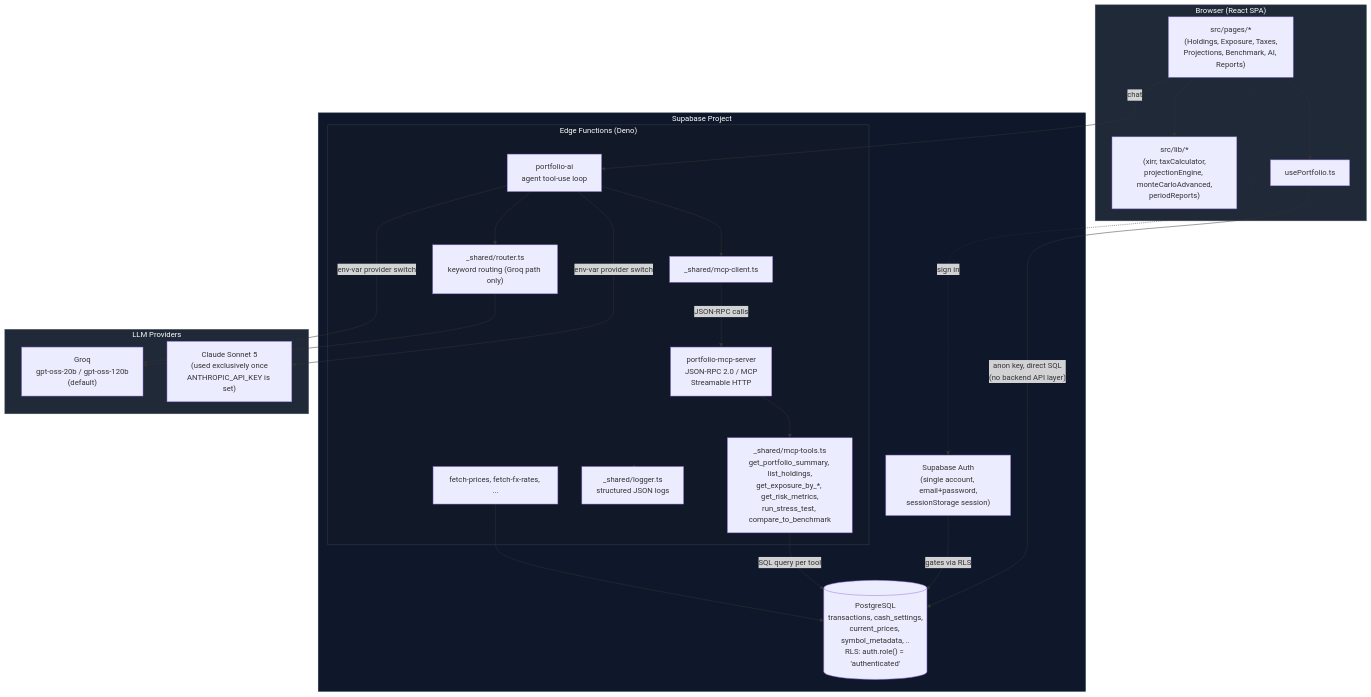
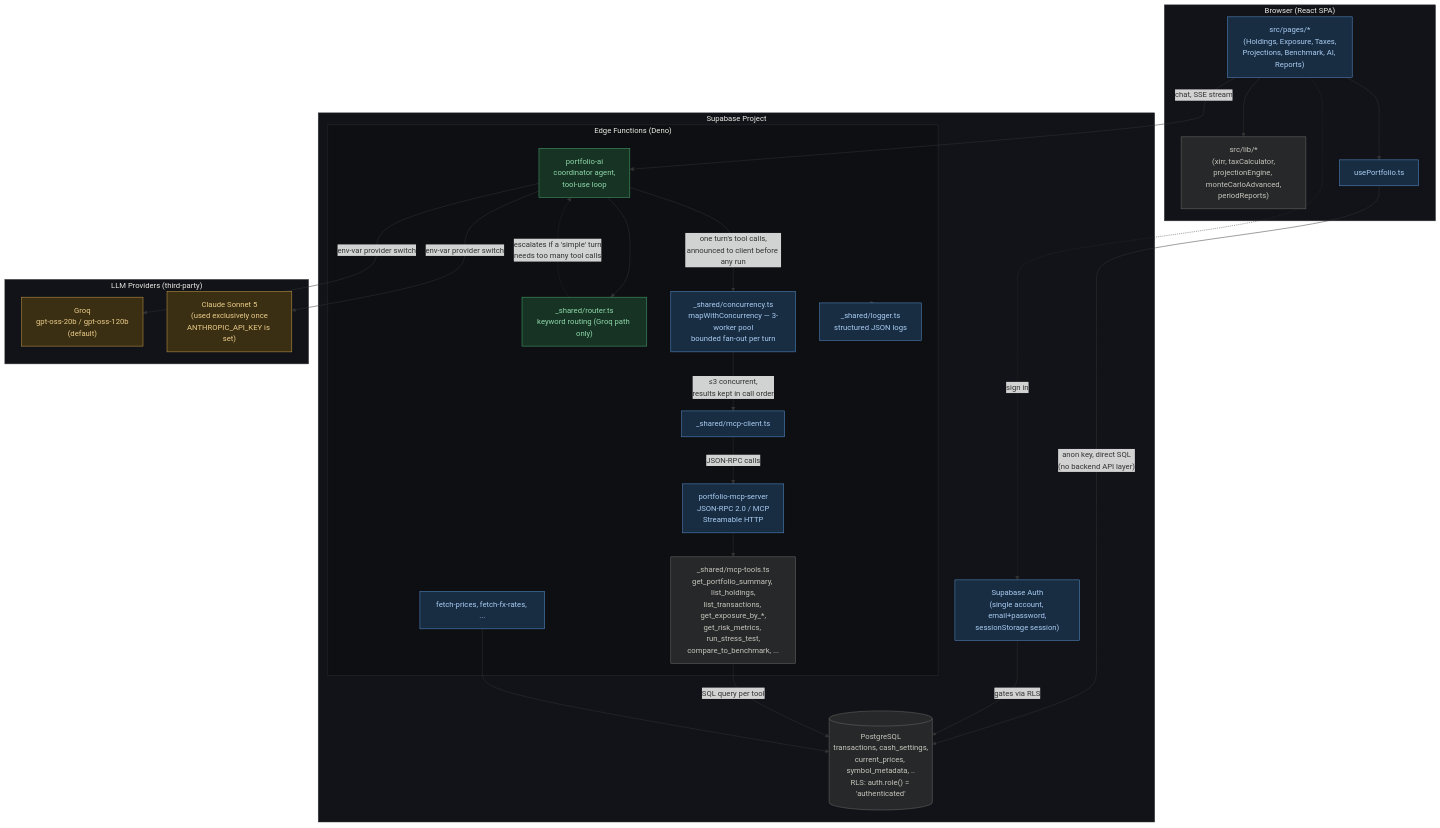
The diagram in README.md (ak18akashrajr/financial-analyst-mcp), drawn with Mermaid before and after one commit. The commit also changed other lines of this file, not shown here.

Commit message:
docs(readme): color-code architecture diagram, add bounded-concurrency detail
Recolors the mermaid architecture diagram so component type is visible at
a glance: green = agentic (portfolio-ai coordinator, router), blue =
deterministic software/infra, amber = third-party LLM providers, gray =
data stores and leaf endpoints.

Also adds the bounded tool-call concurrency mechanism from
_shared/concurrency.ts (mapWithConcurrency, 3-worker pool) to both the
diagram and the prose below it, and lists list_transactions among the
registered MCP tools.

````diff
--- a/README.md
+++ b/README.md
@@ -57,52 +61,63 @@
 ```mermaid
 flowchart TB
     subgraph Browser["Browser (React SPA)"]
         Pages["src/pages/*<br/>(Holdings, Exposure, Taxes,<br/>Projections, Benchmark, AI, Reports)"]
         Lib["src/lib/*<br/>(xirr, taxCalculator,<br/>projectionEngine, monteCarloAdvanced,<br/>periodReports)"]
         Hook["usePortfolio.ts"]
         Pages --> Lib
         Pages --> Hook
     end
 
     subgraph Supabase["Supabase Project"]
         Auth["Supabase Auth<br/>(single account, email+password,<br/>sessionStorage session)"]
         DB[("PostgreSQL<br/>transactions, cash_settings,<br/>current_prices, symbol_metadata, ..<br/>RLS: auth.role() = 'authenticated'")]
 
         subgraph EdgeFunctions["Edge Functions (Deno)"]
+            AI["portfolio-ai<br/>coordinator agent,<br/>tool-use loop"]
+            Router["_shared/router.ts<br/>keyword routing (Groq path only)"]
+            Concurrency["_shared/concurrency.ts<br/>mapWithConcurrency — 3-worker pool<br/>bounded fan-out per turn"]
+            Client["_shared/mcp-client.ts"]
             MCP["portfolio-mcp-server<br/>JSON-RPC 2.0 / MCP<br/>Streamable HTTP"]
-            Tools["_shared/mcp-tools.ts<br/>get_portfolio_summary, list_holdings,<br/>get_exposure_by_*, get_risk_metrics,<br/>run_stress_test, compare_to_benchmark"]
-            AI["portfolio-ai<br/>agent tool-use loop"]
-            Client["_shared/mcp-client.ts"]
-            Router["_shared/router.ts<br/>keyword routing (Groq path only)"]
+            Tools["_shared/mcp-tools.ts<br/>get_portfolio_summary, list_holdings,<br/>list_transactions, get_exposure_by_*,<br/>get_risk_metrics, run_stress_test,<br/>compare_to_benchmark, ..."]
             Logger["_shared/logger.ts<br/>structured JSON logs"]
             Fetchers["fetch-prices, fetch-fx-rates, ..."]
         end
     end
 
-    subgraph Providers["LLM Providers"]
+    subgraph Providers["LLM Providers (third-party)"]
         Groq["Groq<br/>gpt-oss-20b / gpt-oss-120b<br/>(default)"]
         Claude["Claude Sonnet 5<br/>(used exclusively once<br/>ANTHROPIC_API_KEY is set)"]
     end
 
     Hook -- "anon key, direct SQL<br/>(no backend API layer)" --> DB
     Pages -. "sign in" .-> Auth
     Auth -- "gates via RLS" --> DB
 
-    AI --> Client
+    Pages -- "chat, SSE stream" --> AI
+    AI --> Router
+    Router -. "escalates if a 'simple' turn<br/>needs too many tool calls" .-> AI
+    AI -- "env-var provider switch" --> Groq
+    AI -- "env-var provider switch" --> Claude
+    AI -- "one turn's tool calls,<br/>announced to client before any run" --> Concurrency
+    Concurrency -- "≤3 concurrent,<br/>results kept in call order" --> Client
     Client -- "JSON-RPC calls" --> MCP
     MCP --> Tools
     Tools -- "SQL query per tool" --> DB
-    AI --> Router
-    Router --> Groq
-    AI -- "env-var provider switch" --> Groq
-    AI -- "env-var provider switch" --> Claude
     EdgeFunctions -.-> Logger
-
-    Pages -- "chat" --> AI
     Fetchers --> DB
 
-    style Browser fill:#1f2937,color:#fff,stroke:#4b5563
-    style Supabase fill:#0f172a,color:#fff,stroke:#334155
-    style EdgeFunctions fill:#111827,color:#fff,stroke:#374151
-    style Providers fill:#1f2937,color:#fff,stroke:#4b5563
+    classDef agentic fill:#173323,color:#8fd8ab,stroke:#4fae76,stroke-width:1px
+    classDef software fill:#182c42,color:#a9cdf2,stroke:#5c96d6,stroke-width:1px
+    classDef llm fill:#3a2e13,color:#eccd8a,stroke:#d1a447,stroke-width:1px
+    classDef data fill:#26282a,color:#c7c5bc,stroke:#6f716c,stroke-width:1px
+
+    class AI,Router agentic
+    class Pages,Hook,Auth,Client,MCP,Logger,Fetchers,Concurrency software
+    class Groq,Claude llm
+    class Lib,Tools,DB data
+
+    style Browser fill:#111318,color:#eceae4,stroke:#3a3c3e
+    style Supabase fill:#111318,color:#eceae4,stroke:#3a3c3e
+    style EdgeFunctions fill:#0d0f12,color:#eceae4,stroke:#2b2d2f
+    style Providers fill:#111318,color:#eceae4,stroke:#3a3c3e
 ```
````
